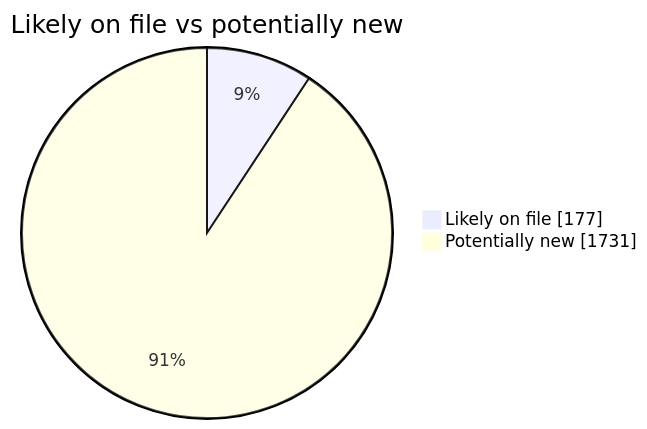
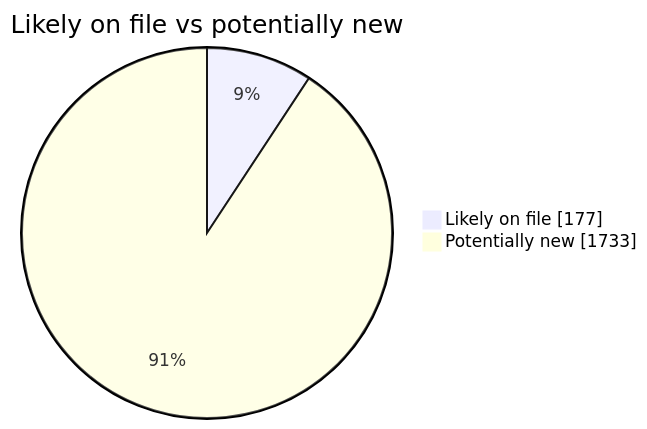
Before and after one commit to martinbalfanz/social-scanner-reports: the second of 4 diagrams in README.md, drawn with Mermaid. The commit also changed other lines of this file and 4 other files, not shown here.

````diff
--- a/README.md
+++ b/README.md
@@ -40,5 +40,5 @@
 ```mermaid
 pie showData title Likely on file vs potentially new
     "Likely on file" : 177
-    "Potentially new" : 1731
+    "Potentially new" : 1733
 ```
````
